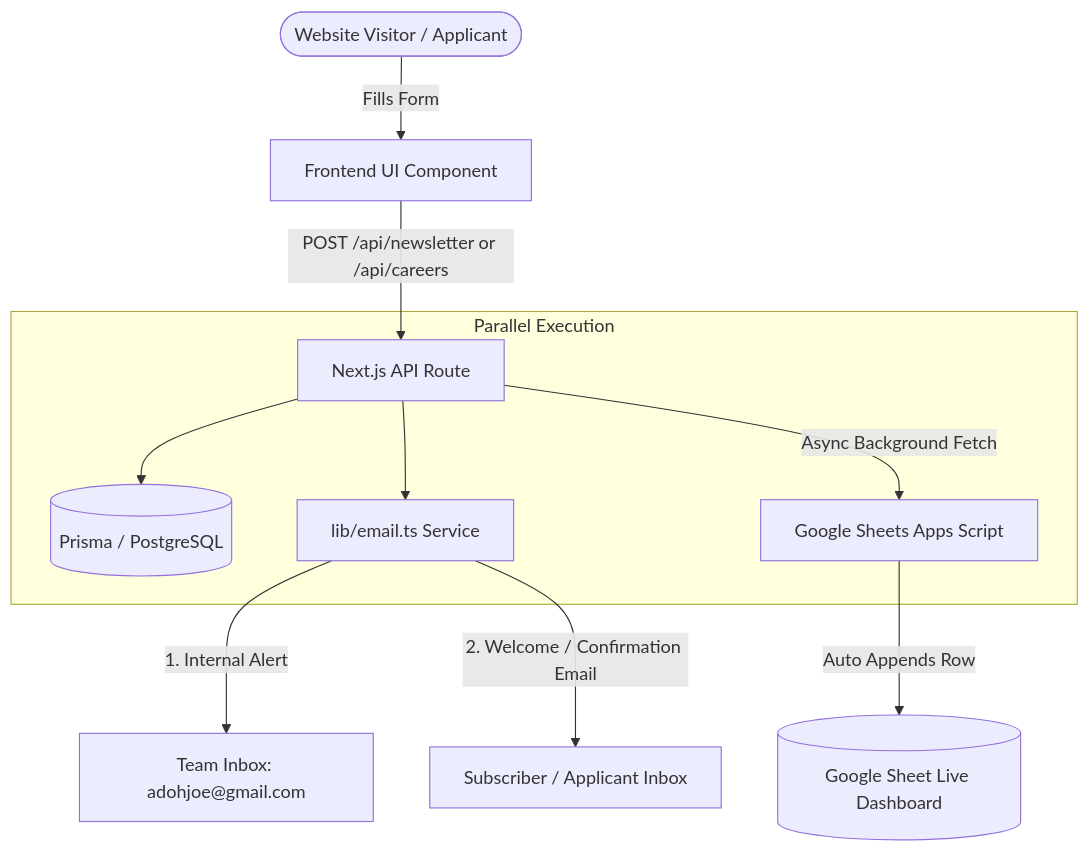
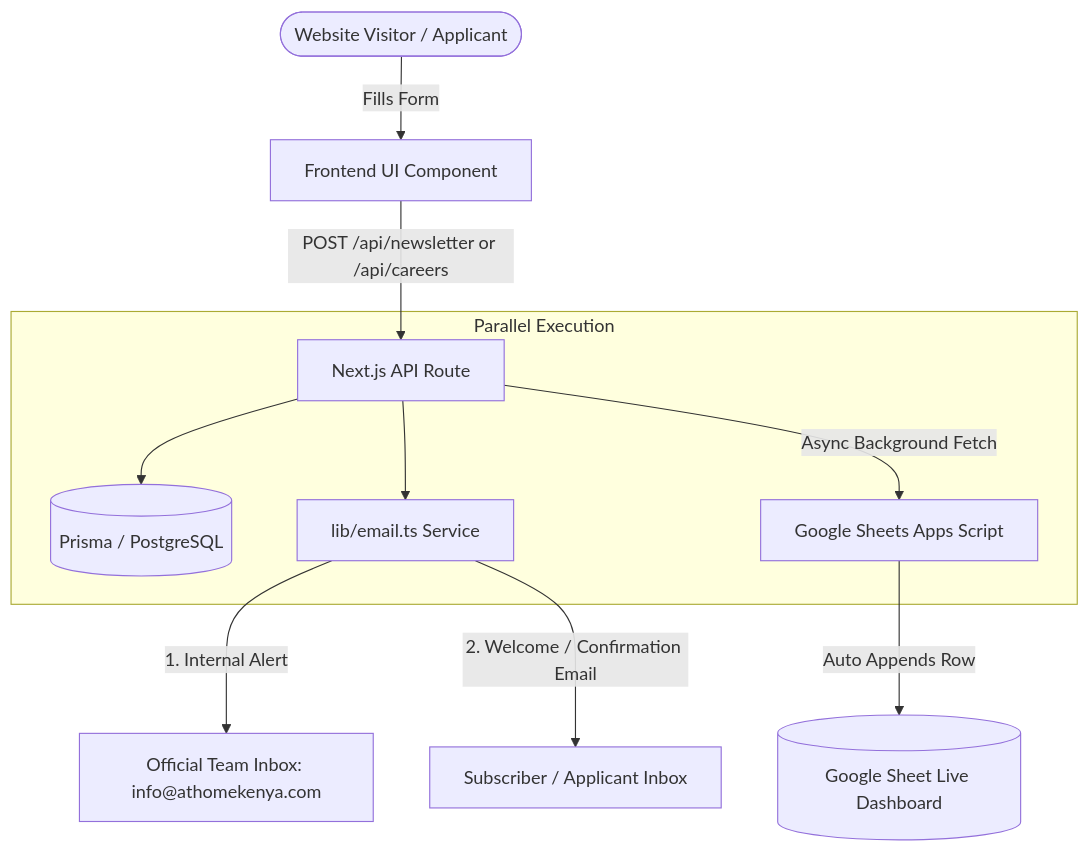
Before and after one commit to Athomekenya/ahk: the diagram in docs/MAILING_SYSTEM_DOCUMENTATION.md, drawn with Mermaid. The commit also changed other lines of this file and 3 other files, not shown here.

````diff
--- a/docs/MAILING_SYSTEM_DOCUMENTATION.md
+++ b/docs/MAILING_SYSTEM_DOCUMENTATION.md
@@ -11,15 +11,15 @@
 ```mermaid
 flowchart TD
     User([Website Visitor / Applicant]) -->|Fills Form| UI[Frontend UI Component]
     UI -->|POST /api/newsletter or /api/careers| API[Next.js API Route]
     
     subgraph Parallel Execution
         API --> DB[(Prisma / PostgreSQL)]
         API --> Mailer[lib/email.ts Service]
         API -->|Async Background Fetch| SheetsWebhook[Google Sheets Apps Script]
     end
     
-    Mailer -->|1. Internal Alert| AdminMail[Team Inbox: adohjoe@gmail.com]
+    Mailer -->|1. Internal Alert| AdminMail[Official Team Inbox: info@athomekenya.com]
     Mailer -->|2. Welcome / Confirmation Email| CustomerMail[Subscriber / Applicant Inbox]
     SheetsWebhook -->|Auto Appends Row| GoogleSheet[(Google Sheet Live Dashboard)]
 ```
````
